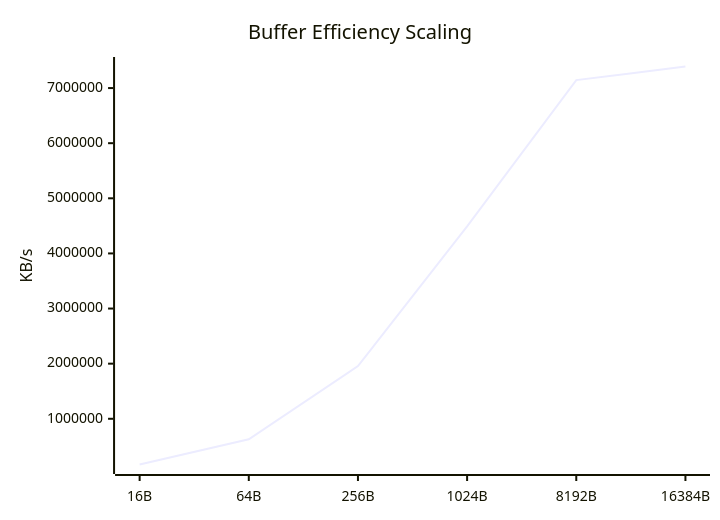
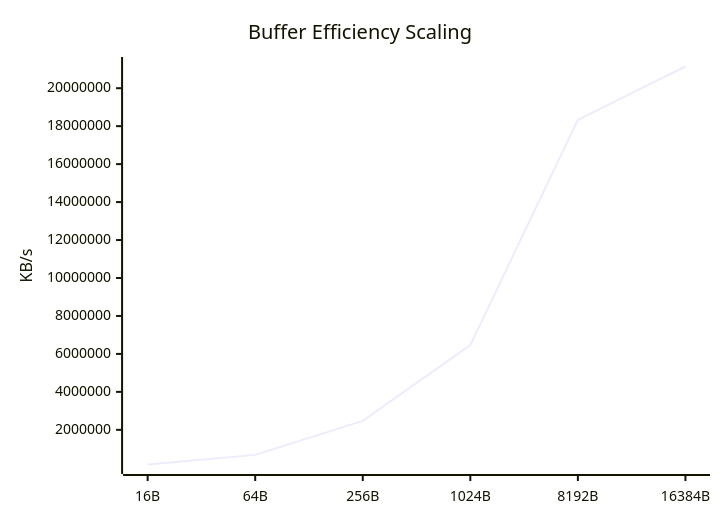
The seventh of 9 diagrams in docs/Comparison_Report.md (taha2samy/openssl_fips), drawn with Mermaid before and after one commit. The commit also changed other lines of this file and 3 other files, not shown here.

````diff
--- a/docs/Comparison_Report.md
+++ b/docs/Comparison_Report.md
@@ -110,7 +110,7 @@
 ```mermaid
 xychart-beta
     title "Buffer Efficiency Scaling"
     x-axis [16B, 64B, 256B, 1024B, 8192B, 16384B]
     y-axis "KB/s"
-    line [170526.12, 628210.46, 1955358.34, 4489903.1, 7144599.55, 7391281.15]
+    line [173640.37, 680872.03, 2473933.82, 6466639.36, 18331545.6, 21143142.4]
 ```
````
